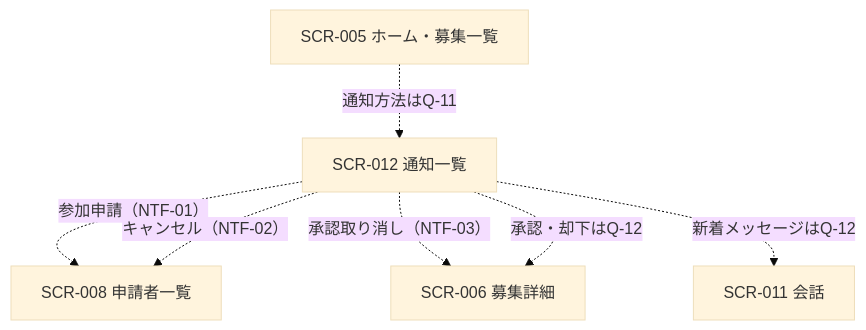
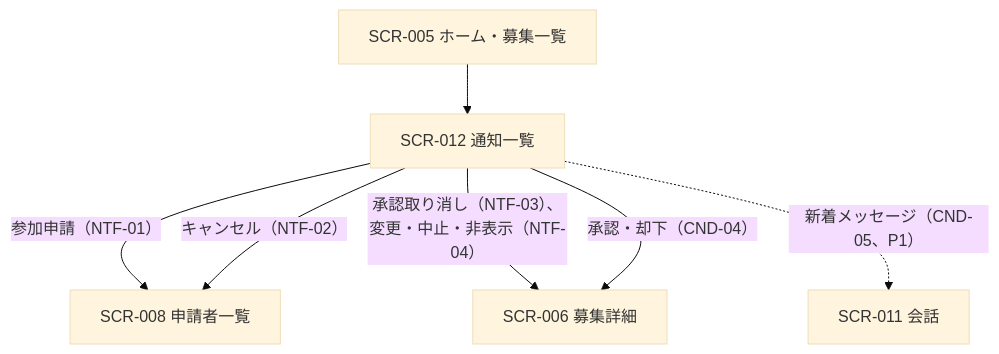
The fourth of 8 diagrams in docs/10_画面一覧.md (sysnovastudio-byte/nagoya-volleyball-matching), drawn with Mermaid (base theme) before and after one commit. The commit also changed other lines of this file and 10 other files, not shown here.

````diff
--- a/docs/10_画面一覧.md
+++ b/docs/10_画面一覧.md
@@ -323,9 +325,9 @@
 ```mermaid
 flowchart TD
-    D1["SCR-005 ホーム・募集一覧"] -.->|"通知方法はQ-11"| D2["SCR-012 通知一覧"]
-    D2 -.->|"参加申請（NTF-01）"| D3["SCR-008 申請者一覧"]
-    D2 -.->|"キャンセル（NTF-02）"| D3
-    D2 -.->|"承認取り消し（NTF-03）"| D4["SCR-006 募集詳細"]
-    D2 -.->|"承認・却下はQ-12"| D4
-    D2 -.->|"新着メッセージはQ-12"| D5["SCR-011 会話"]
+    D1["SCR-005 ホーム・募集一覧"] --> D2["SCR-012 通知一覧"]
+    D2 -->|"参加申請（NTF-01）"| D3["SCR-008 申請者一覧"]
+    D2 -->|"キャンセル（NTF-02）"| D3
+    D2 -->|"承認取り消し（NTF-03）、変更・中止・非表示（NTF-04）"| D4["SCR-006 募集詳細"]
+    D2 -->|"承認・却下（CND-04）"| D4
+    D2 -.->|"新着メッセージ（CND-05、P1）"| D5["SCR-011 会話"]
 ```
````
